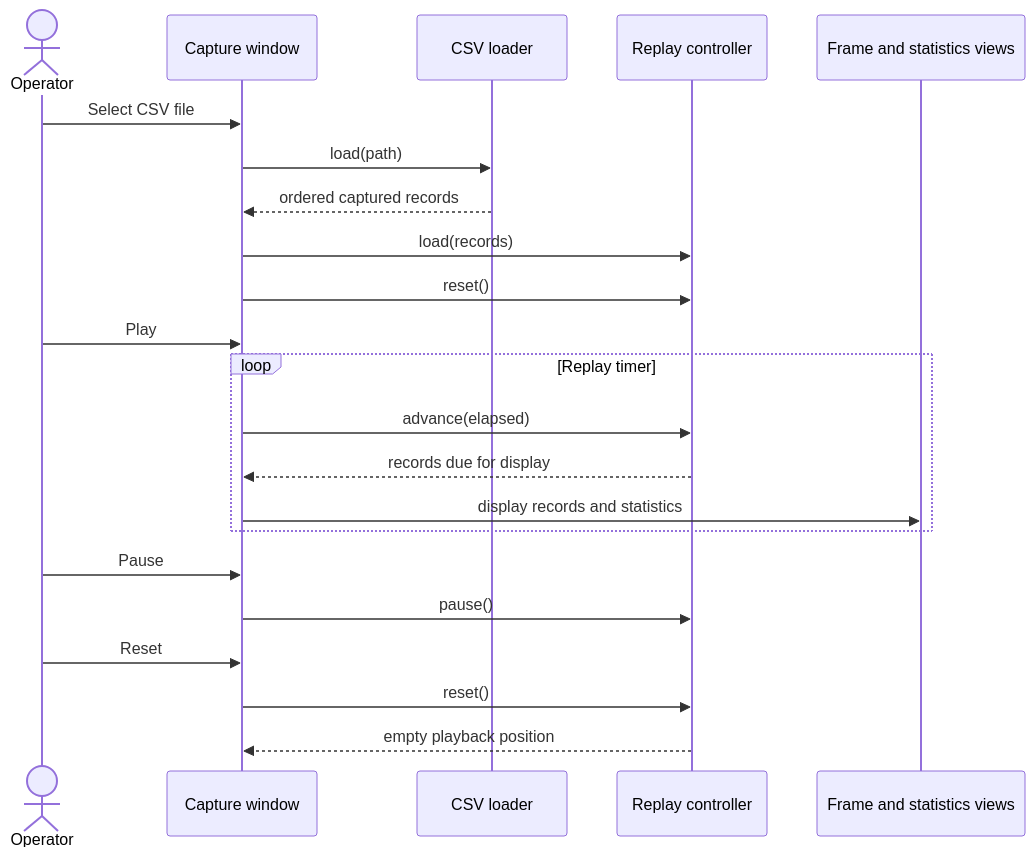
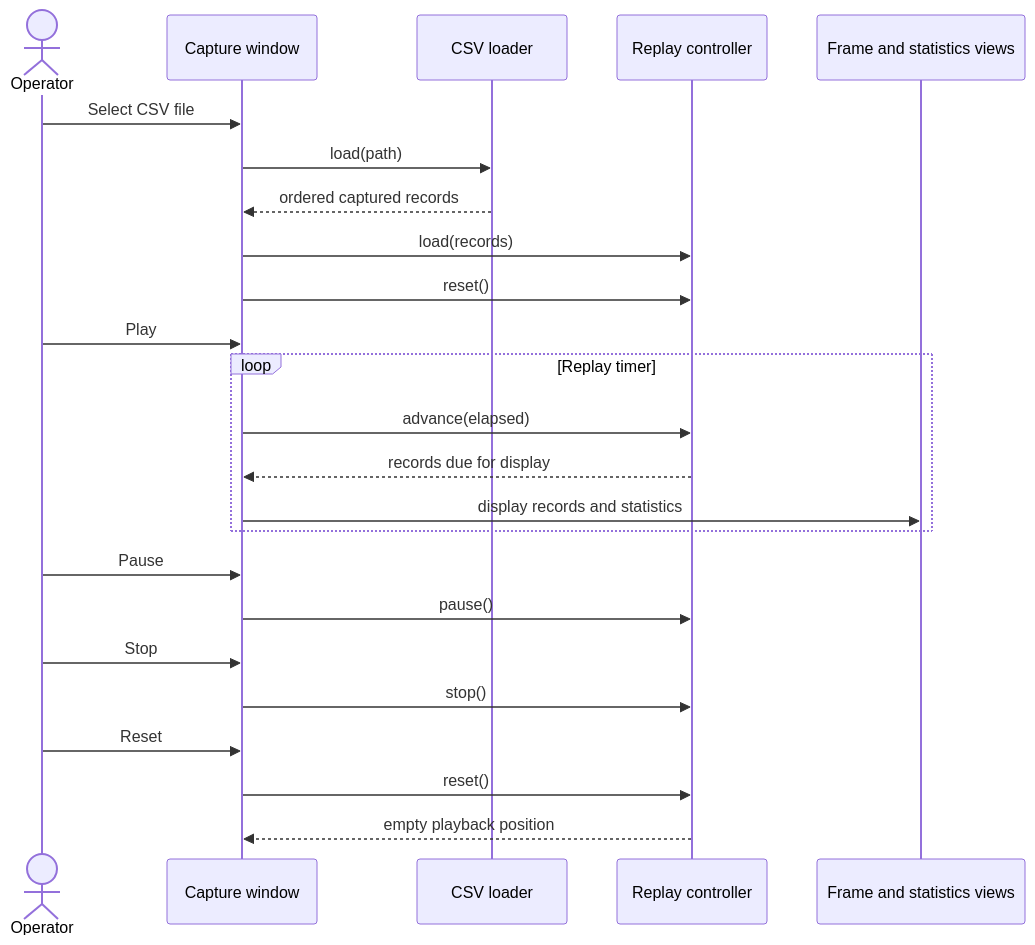
Before and after one commit to benoit-bremaud/can-sniffer: the diagram in docs/architecture/diagrams/offline-replay/02-sequence-replay-capture.md, drawn with Mermaid. The commit also changed 6 other files, not shown here.

````diff
--- a/docs/architecture/diagrams/offline-replay/02-sequence-replay-capture.md
+++ b/docs/architecture/diagrams/offline-replay/02-sequence-replay-capture.md
@@ -12,25 +12,27 @@
 ```mermaid
 sequenceDiagram
     actor Operator
     participant Window as Capture window
     participant Loader as CSV loader
     participant Replay as Replay controller
     participant View as Frame and statistics views
 
     Operator->>Window: Select CSV file
     Window->>Loader: load(path)
     Loader-->>Window: ordered captured records
     Window->>Replay: load(records)
     Window->>Replay: reset()
     Operator->>Window: Play
     loop Replay timer
         Window->>Replay: advance(elapsed)
         Replay-->>Window: records due for display
         Window->>View: display records and statistics
     end
     Operator->>Window: Pause
     Window->>Replay: pause()
+    Operator->>Window: Stop
+    Window->>Replay: stop()
     Operator->>Window: Reset
     Window->>Replay: reset()
     Replay-->>Window: empty playback position
 ```
````
